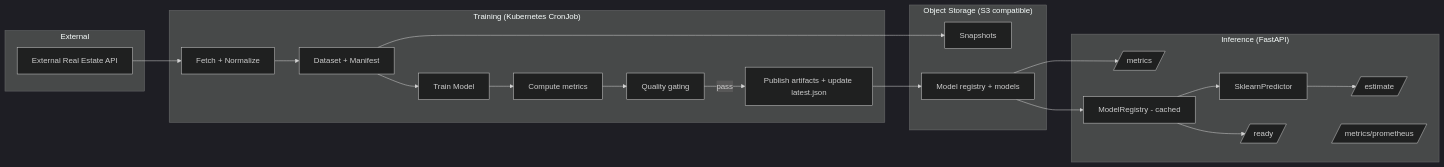
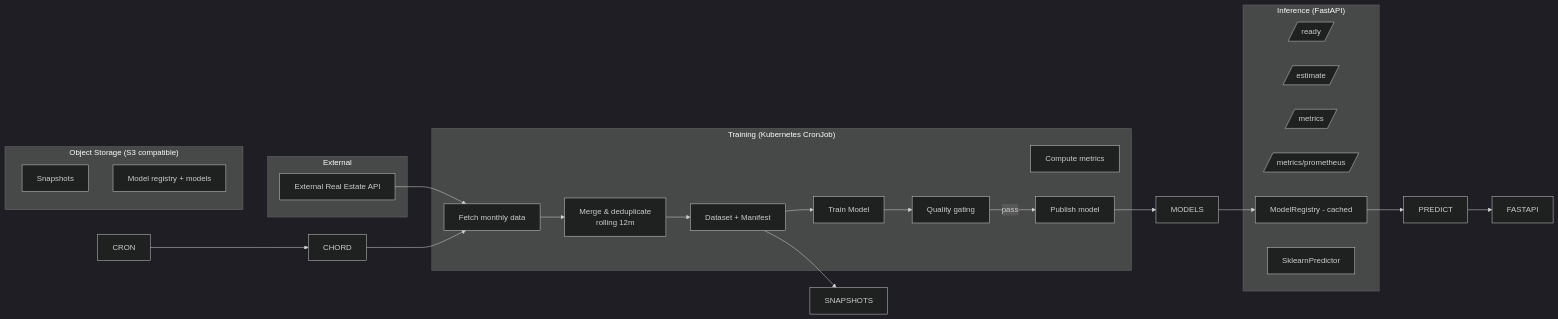
The first of 2 diagrams in README.md (MaxxxZu/norway-real-estate-price-estimator), drawn with Mermaid (dark theme) before and after one commit. The commit also changed other lines of this file and 21 other files, not shown here.

Commit message:
feat: Split data fetch

````diff
--- a/README.md
+++ b/README.md
@@ -34,38 +34,45 @@
 ```mermaid
 flowchart LR
     subgraph External
         EXT_API[External Real Estate API]
     end
 
     subgraph Training["Training (Kubernetes CronJob)"]
-        FETCH[Fetch + Normalize]
+        FETCH[Fetch monthly data]
+        MERGE[Merge & deduplicate<br/>rolling 12m]
         DATASET[Dataset + Manifest]
         TRAIN[Train Model]
         EVAL[Compute metrics]
         GATE[Quality gating]
-        PUBLISH[Publish artifacts + update latest.json]
+        PUBLISH[Publish model]
     end
 
     subgraph Storage["Object Storage (S3 compatible)"]
         SNAP[Snapshots]
         REG[Model registry + models]
     end
 
     subgraph API["Inference (FastAPI)"]
         READY[/ready/]
         EST[/estimate/]
         METRICS[/metrics/]
         PROM[/metrics/prometheus/]
         REGISTRY[ModelRegistry - cached]
         PRED[SklearnPredictor]
     end
 
-    EXT_API --> FETCH --> DATASET --> TRAIN --> EVAL --> GATE
-    DATASET --> SNAP
-    GATE -->|pass| PUBLISH --> REG
+    EXT_API --> FETCH
+    CRON --> CHORD
+    CHORD --> FETCH
+    FETCH --> MERGE
+    MERGE --> DATASET
+    DATASET --> TRAIN
+    TRAIN --> GATE
+    GATE -->|pass| PUBLISH
+    DATASET --> SNAPSHOTS
+    PUBLISH --> MODELS
 
-    REG --> REGISTRY --> PRED --> EST
-    REGISTRY --> READY
-    REG --> METRICS
-    API --> PROM
+    MODELS --> REGISTRY
+    REGISTRY --> PREDICT
+    PREDICT --> FASTAPI
 ```
````
